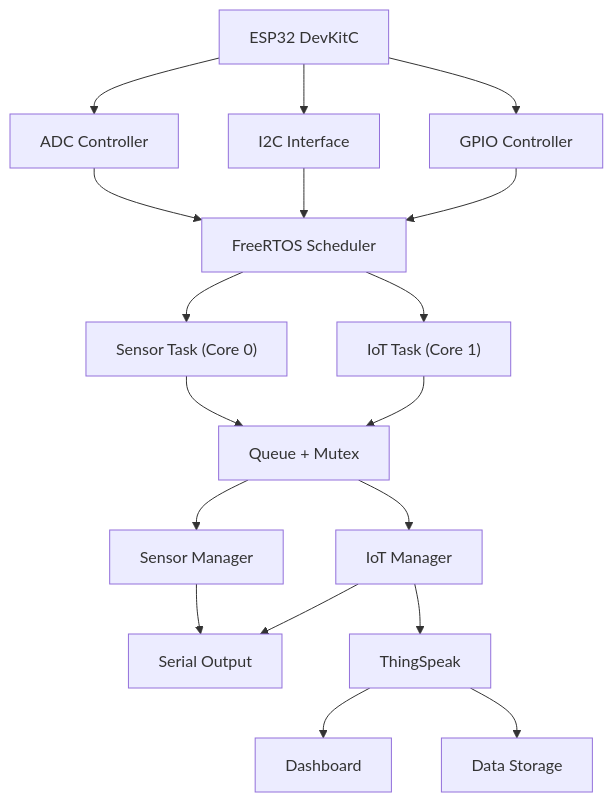
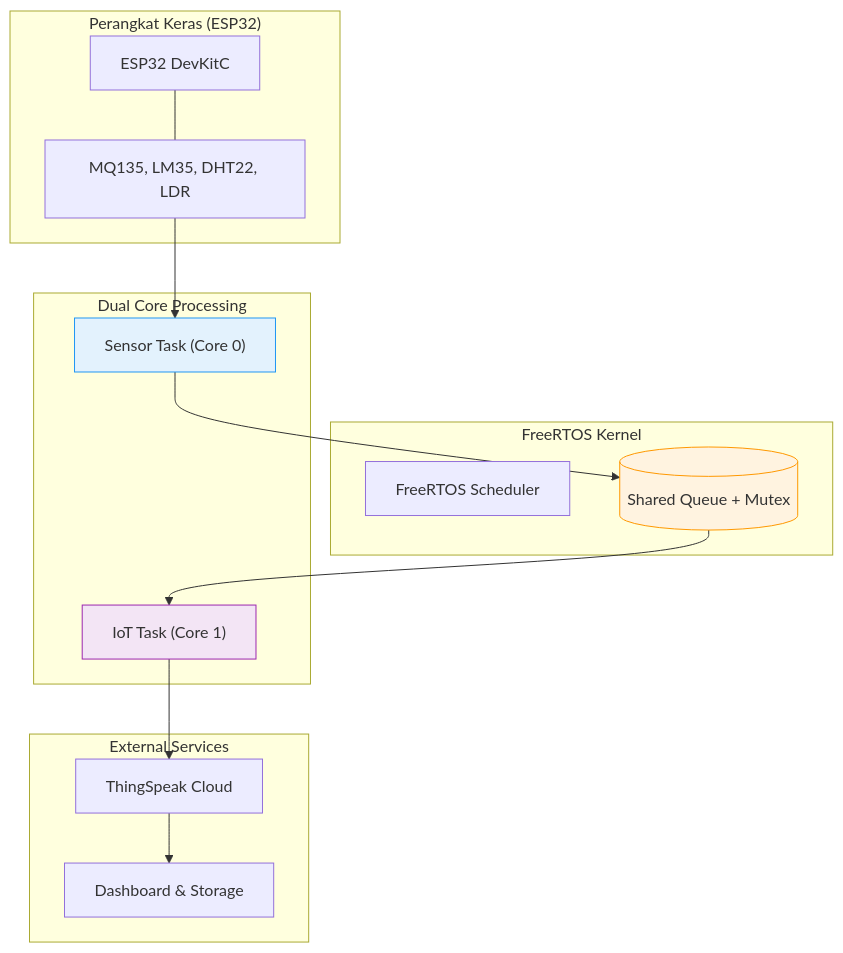
The sixth of 25 diagrams in README.md (ficrammanifur/ESP32-RTOS-Environmental-Monitor), drawn with Mermaid before and after one commit. The commit also changed other lines of this file, not shown here.

````diff
--- a/README.md
+++ b/README.md
@@ -312,44 +312,33 @@
 ```mermaid
-graph TB
-    ESP32["ESP32 DevKitC"]
-    ADC["ADC Controller"]
-    I2C["I2C Interface"]
-    GPIO["GPIO Controller"]
+graph TD
+    subgraph Hardware["Perangkat Keras (ESP32)"]
+        ESP["ESP32 DevKitC"]
+        SENSORS["MQ135, LM35, DHT22, LDR"]
+    end
 
-    RTOS["FreeRTOS Scheduler"]
-    TASK0["Sensor Task (Core 0)"]
-    TASK1["IoT Task (Core 1)"]
-    QUEUE["Queue + Mutex"]
+    subgraph Kernel["FreeRTOS Kernel"]
+        RTOS["FreeRTOS Scheduler"]
+        QUEUE[("Shared Queue + Mutex")]
+    end
 
-    SENSOR["Sensor Manager"]
-    IOT["IoT Manager"]
-    SERIAL["Serial Output"]
+    subgraph Processing["Dual Core Processing"]
+        TASK0["Sensor Task (Core 0)"]
+        TASK1["IoT Task (Core 1)"]
+    end
 
-    THING["ThingSpeak"]
-    VIS["Dashboard"]
-    STORE["Data Storage"]
+    subgraph Cloud["External Services"]
+        TS["ThingSpeak Cloud"]
+        DB["Dashboard & Storage"]
+    end
 
-    ESP32 --> ADC
-    ESP32 --> I2C
-    ESP32 --> GPIO
+    ESP --- SENSORS
+    SENSORS --> TASK0
+    TASK0 --> QUEUE
+    QUEUE --> TASK1
+    TASK1 --> TS
+    TS --> DB
 
-    ADC --> RTOS
-    I2C --> RTOS
-    GPIO --> RTOS
-
-    RTOS --> TASK0
-    RTOS --> TASK1
-
-    TASK0 --> QUEUE
-    TASK1 --> QUEUE
-
-    QUEUE --> SENSOR
-    QUEUE --> IOT
-
-    SENSOR --> SERIAL
-    IOT --> SERIAL
-
-    IOT --> THING
-    THING --> VIS
-    THING --> STORE
+    style QUEUE fill:#fff3e0,stroke:#ff9800
+    style TASK0 fill:#e3f2fd,stroke:#2196f3
+    style TASK1 fill:#f3e5f5,stroke:#9c27b0
 ```
````
